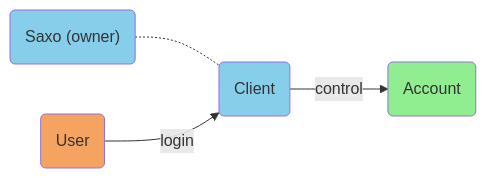
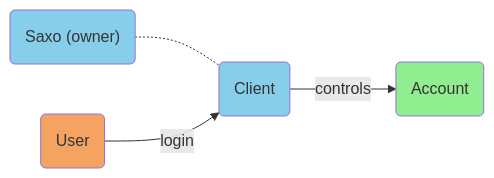
One commit to gidven/saxo-openapi-guide changed the first of 3 diagrams in docs/basics/core-business-concepts/client-user-account.md. Above: the diagram before and after it, drawn with Mermaid. The commit also changed other lines of this file, not shown here.

````diff
--- a/docs/basics/core-business-concepts/client-user-account.md
+++ b/docs/basics/core-business-concepts/client-user-account.md
@@ -20,11 +20,11 @@
 ```mermaid
 graph LR
     O("Saxo (owner)") -.- C(Client)
     U(User) -- login --> C
-    C -- control --> A(Account)
+    C -- controls    --> A(Account)
 
     style O fill:SkyBlue
     style C fill:SkyBlue
     style U fill:SandyBrown
     style A fill:LightGreen
 ```
````
